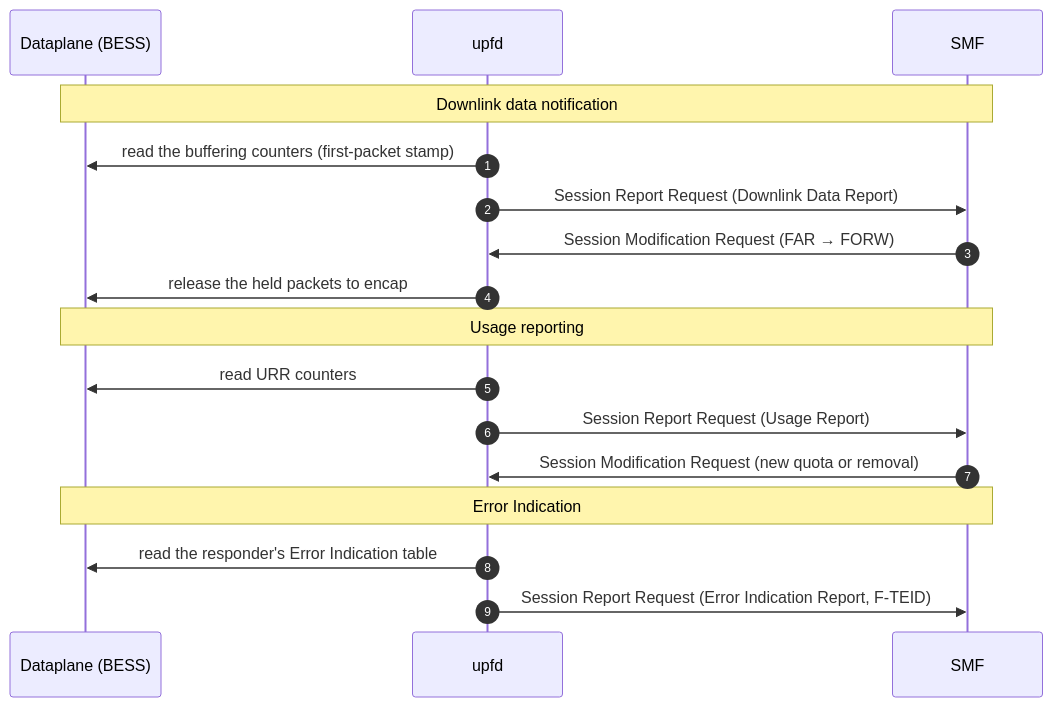
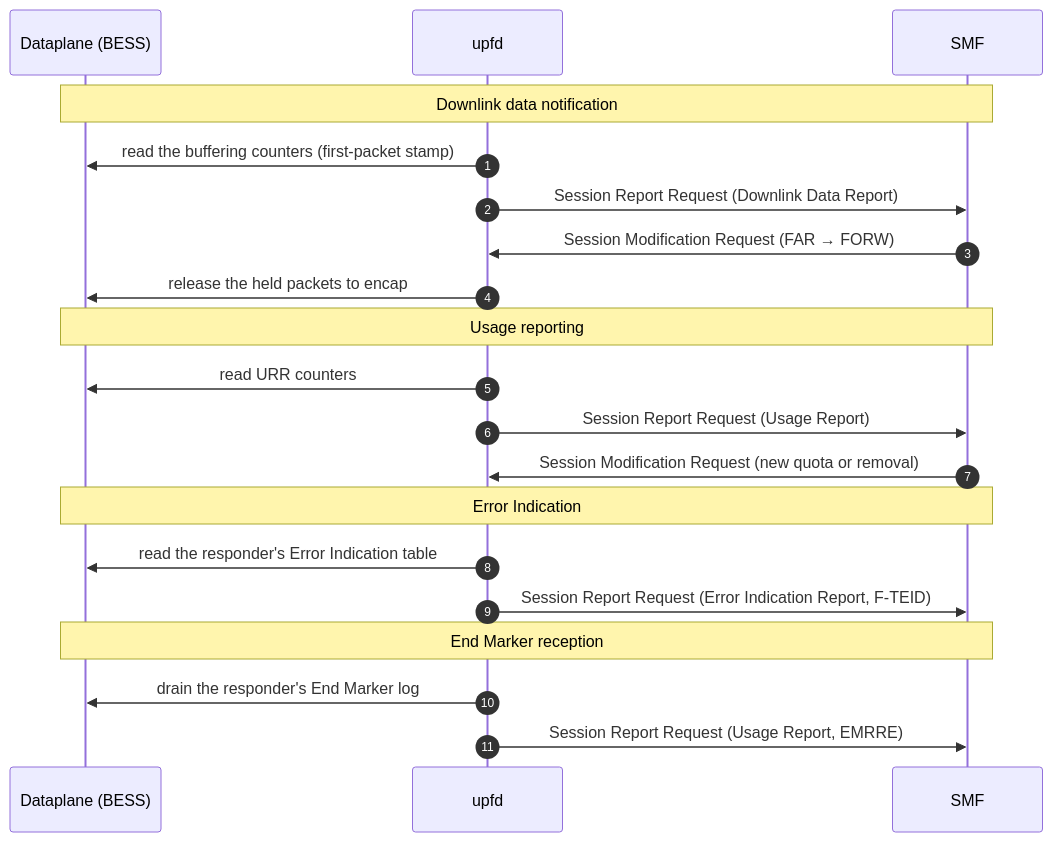
Before and after one commit to krsna1729/upf: the third of 5 diagrams in docs/design.md, drawn with Mermaid. The commit also changed other lines of this file and 20 other files, not shown here.

First line of the commit message:
End Marker Reception Report: REEMR URRs report EMRRE

````diff
--- a/docs/design.md
+++ b/docs/design.md
@@ -75,22 +77,26 @@
 ```mermaid
 sequenceDiagram
     autonumber
     participant DP as Dataplane (BESS)
     participant UPFD as upfd
     participant SMF as SMF
 
     Note over DP,SMF: Downlink data notification
     UPFD->>DP: read the buffering counters (first-packet stamp)
     UPFD->>SMF: Session Report Request (Downlink Data Report)
     SMF->>UPFD: Session Modification Request (FAR → FORW)
     UPFD->>DP: release the held packets to encap
 
     Note over DP,SMF: Usage reporting
     UPFD->>DP: read URR counters
     UPFD->>SMF: Session Report Request (Usage Report)
     SMF->>UPFD: Session Modification Request (new quota or removal)
 
     Note over DP,SMF: Error Indication
     UPFD->>DP: read the responder's Error Indication table
     UPFD->>SMF: Session Report Request (Error Indication Report, F-TEID)
+
+    Note over DP,SMF: End Marker reception
+    UPFD->>DP: drain the responder's End Marker log
+    UPFD->>SMF: Session Report Request (Usage Report, EMRRE)
 ```
````
